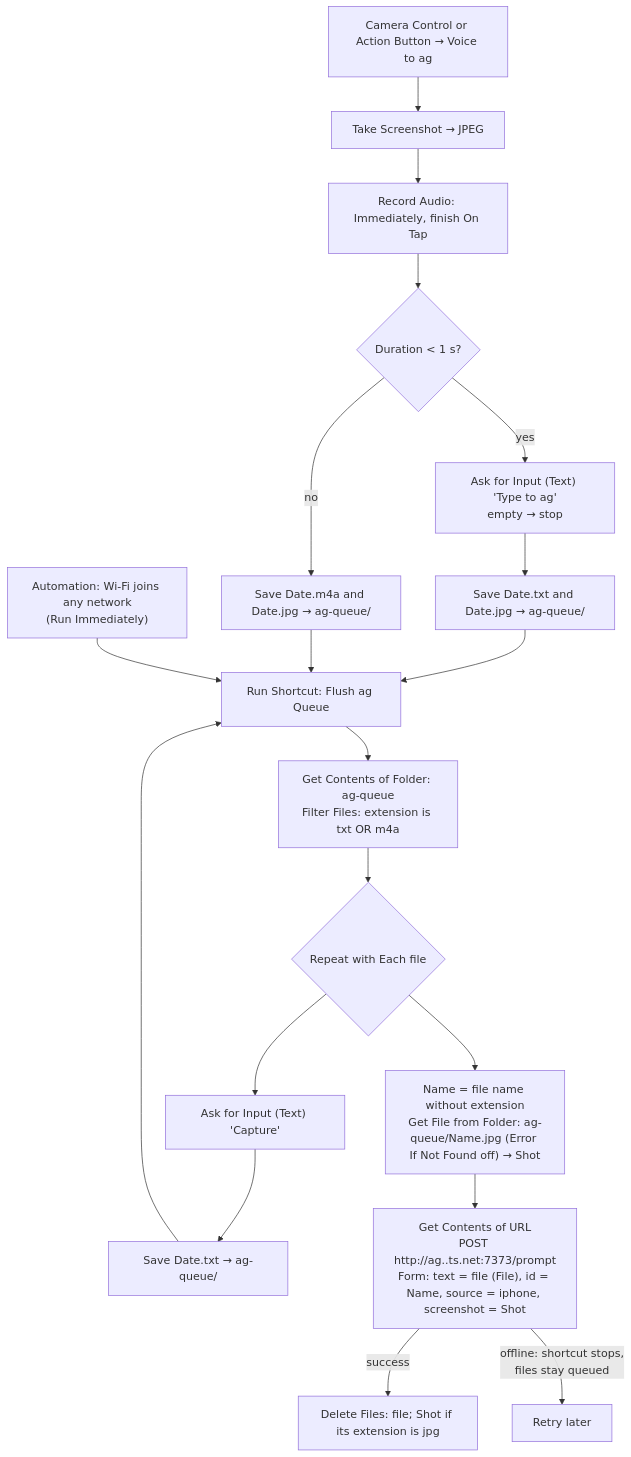
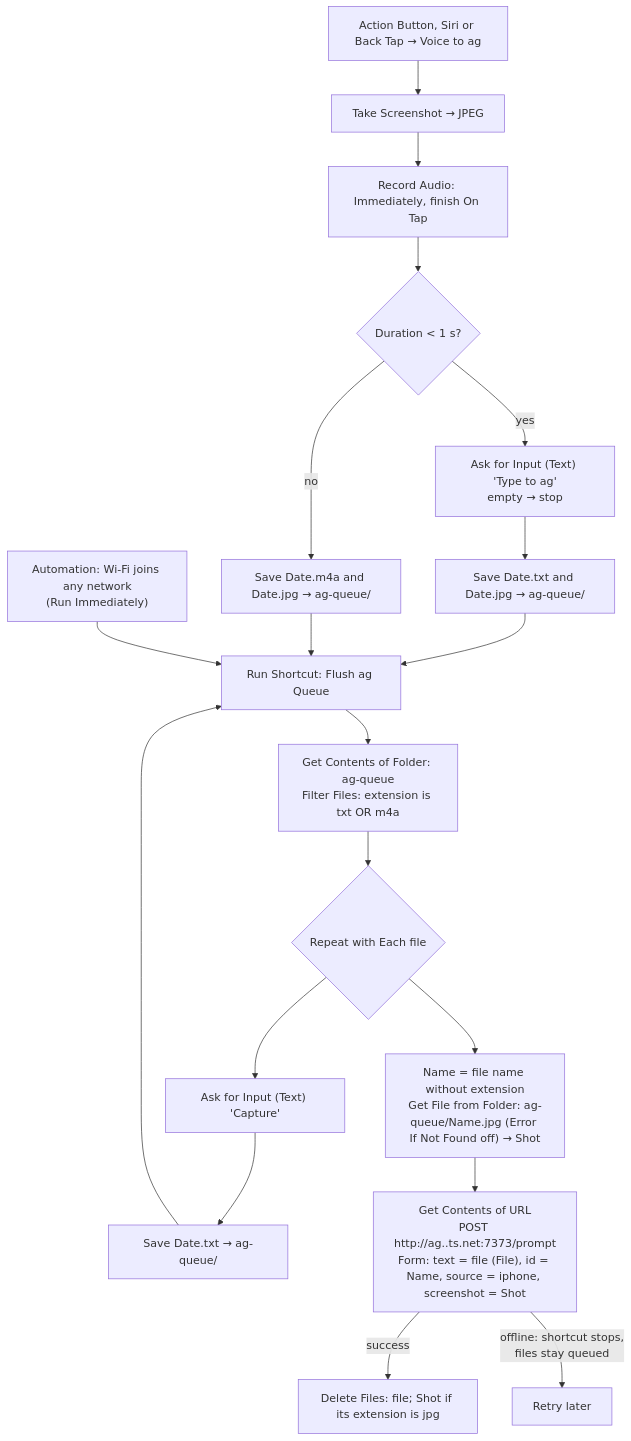
One commit to koerschner/ag changed the diagram in ios-shortcuts/capture-to-ag.md. Above: the diagram before and after it, drawn with Mermaid. The commit also changed other lines of this file, not shown here.

````diff
--- a/ios-shortcuts/capture-to-ag.md
+++ b/ios-shortcuts/capture-to-ag.md
@@ -29,23 +29,23 @@
 ```mermaid
 flowchart TD
-    A[Camera Control or Action Button → Voice to ag] --> V0["Take Screenshot → JPEG"]
+    A[Action Button, Siri or Back Tap → Voice to ag] --> V0["Take Screenshot → JPEG"]
     V0 --> V4["Record Audio: Immediately, finish On Tap"]
     V4 --> V7{"Duration < 1 s?"}
     V7 -- yes --> V8["Ask for Input (Text) 'Type to ag'<br/>empty → stop"]
     V8 --> V8b["Save Date.txt and Date.jpg → ag-queue/"]
     V8b --> F
     V7 -- no --> V9["Save Date.m4a and Date.jpg → ag-queue/"]
     V9 --> F["Run Shortcut: Flush ag Queue"]
 
     H[Home Screen icon → Capture to ag] --> B["Ask for Input (Text) 'Capture'"]
     B --> D["Save Date.txt → ag-queue/"]
     D --> F
 
     W["Automation: Wi-Fi joins any network<br/>(Run Immediately)"] --> F
     F --> G["Get Contents of Folder: ag-queue<br/>Filter Files: extension is txt OR m4a"]
     G --> H{"Repeat with Each file"}
     H --> N["Name = file name without extension<br/>Get File from Folder: ag-queue/Name.jpg (Error If Not Found off) → Shot"]
     N --> I["Get Contents of URL<br/>POST http://ag.<tailnet>.ts.net:7373/prompt<br/>Form: text = file (File), id = Name, source = iphone, screenshot = Shot"]
     I -- "success" --> J["Delete Files: file; Shot if its extension is jpg"]
     I -- "offline: shortcut stops,<br/>files stay queued" --> K[Retry later]
 ```
````
